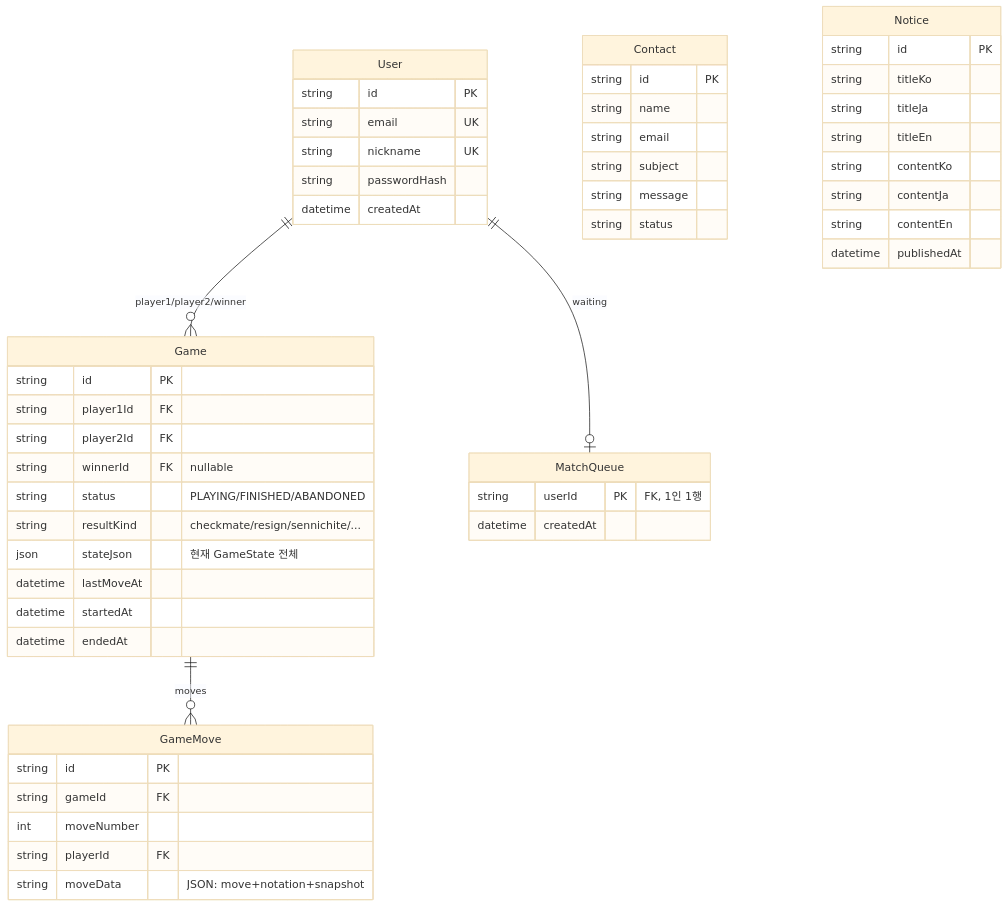
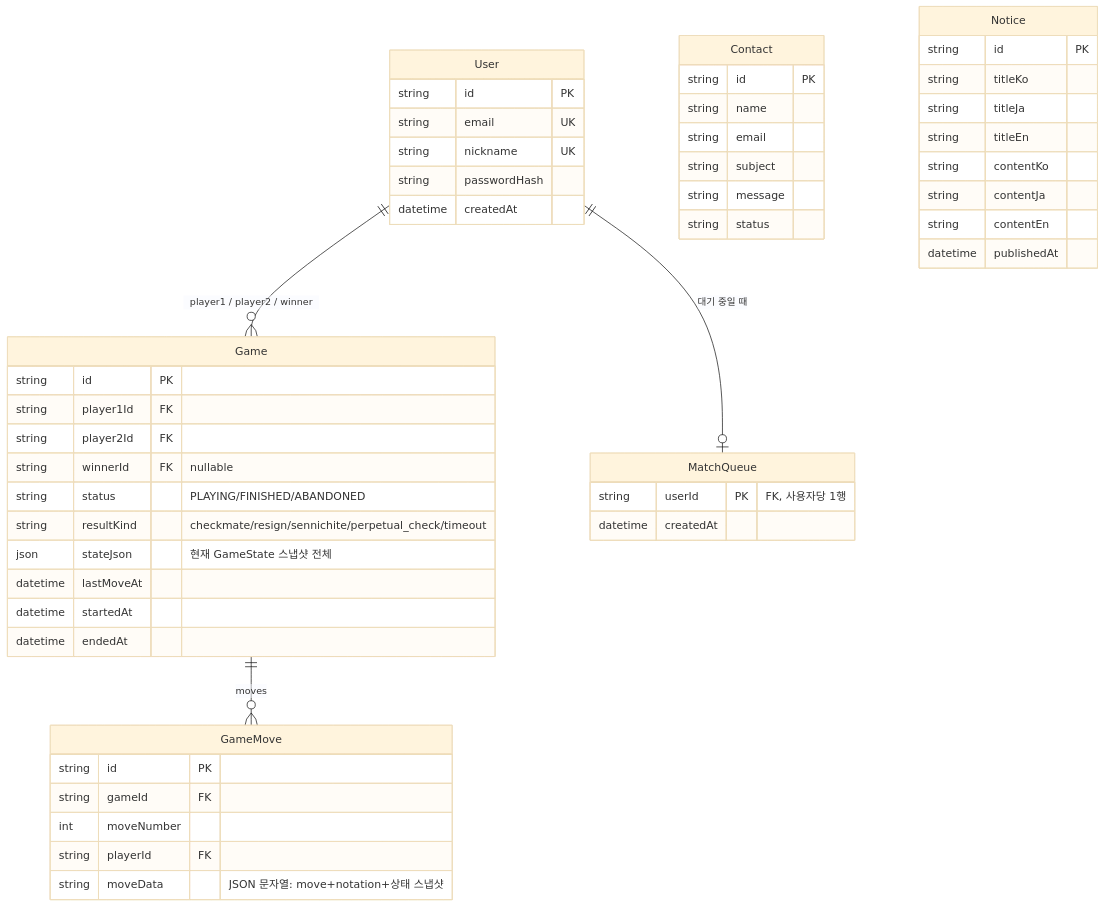
Before and after one commit to gajigaji04/Shogi_Dojo: the third of 3 diagrams in README.md, drawn with Mermaid (base theme). The commit also changed other lines of this file, not shown here.

````diff
--- a/README.md
+++ b/README.md
@@ -160,60 +205,60 @@
 ```mermaid
 erDiagram
-    User ||--o{ Game : "player1/player2/winner"
+    User ||--o{ Game : "player1 / player2 / winner"
     Game ||--o{ GameMove : "moves"
-    User ||--o| MatchQueue : "waiting"
+    User ||--o| MatchQueue : "대기 중일 때"
 
     User {
         string id PK
         string email UK
         string nickname UK
         string passwordHash
         datetime createdAt
     }
 
     Game {
         string id PK
         string player1Id FK
         string player2Id FK
         string winnerId FK "nullable"
         string status "PLAYING/FINISHED/ABANDONED"
-        string resultKind "checkmate/resign/sennichite/..."
-        json stateJson "현재 GameState 전체"
+        string resultKind "checkmate/resign/sennichite/perpetual_check/timeout"
+        json stateJson "현재 GameState 스냅샷 전체"
         datetime lastMoveAt
         datetime startedAt
         datetime endedAt
     }
 
     GameMove {
         string id PK
         string gameId FK
         int moveNumber
         string playerId FK
-        string moveData "JSON: move+notation+snapshot"
+        string moveData "JSON 문자열: move+notation+상태 스냅샷"
     }
 
     MatchQueue {
-        string userId PK "FK, 1인 1행"
+        string userId PK "FK, 사용자당 1행"
         datetime createdAt
     }
 
     Contact {
         string id PK
         string name
         string email
         string subject
         string message
         string status
     }
 
     Notice {
         string id PK
         string titleKo
         string titleJa
         string titleEn
         string contentKo
         string contentJa
         string contentEn
         datetime publishedAt
     }
 ```
````
